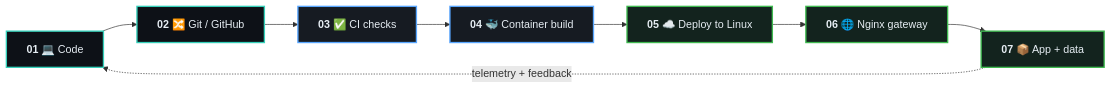
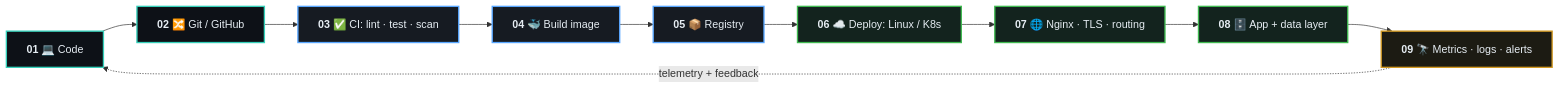
One commit to i6nake9/i6nake9 changed the first of 2 diagrams in README.md. Above: the diagram before and after it, drawn with Mermaid. The commit also changed other lines of this file, not shown here.

````diff
--- a/README.md
+++ b/README.md
@@ -90,14 +116,17 @@
 ```mermaid
 flowchart LR
-    classDef source fill:#0d1117,stroke:#35D0BA,color:#e6edf3,stroke-width:2px
+    classDef source  fill:#0d1117,stroke:#35D0BA,color:#e6edf3,stroke-width:2px
     classDef process fill:#161b22,stroke:#58A6FF,color:#e6edf3,stroke-width:2px
-    classDef live fill:#13231e,stroke:#3FB950,color:#e6edf3,stroke-width:2px
+    classDef live    fill:#13231e,stroke:#3FB950,color:#e6edf3,stroke-width:2px
+    classDef watch   fill:#1c1b13,stroke:#D29922,color:#e6edf3,stroke-width:2px
 
     A["<b>01</b> 💻 Code"]:::source --> B["<b>02</b> 🔀 Git / GitHub"]:::source
-    B --> C["<b>03</b> ✅ CI checks"]:::process
-    C --> D["<b>04</b> 🐳 Container build"]:::process
-    D --> E["<b>05</b> ☁️ Deploy to Linux"]:::live
-    E --> F["<b>06</b> 🌐 Nginx gateway"]:::live
-    F --> G["<b>07</b> 📦 App + data"]:::live
-    G -. "telemetry + feedback" .-> A
+    B --> C["<b>03</b> ✅ CI: lint · test · scan"]:::process
+    C --> D["<b>04</b> 🐳 Build image"]:::process
+    D --> E["<b>05</b> 📦 Registry"]:::process
+    E --> F["<b>06</b> ☁️ Deploy: Linux / K8s"]:::live
+    F --> G["<b>07</b> 🌐 Nginx · TLS · routing"]:::live
+    G --> H["<b>08</b> 🗄️ App + data layer"]:::live
+    H --> I["<b>09</b> 🔭 Metrics · logs · alerts"]:::watch
+    I -. "telemetry + feedback" .-> A
 ```
````
